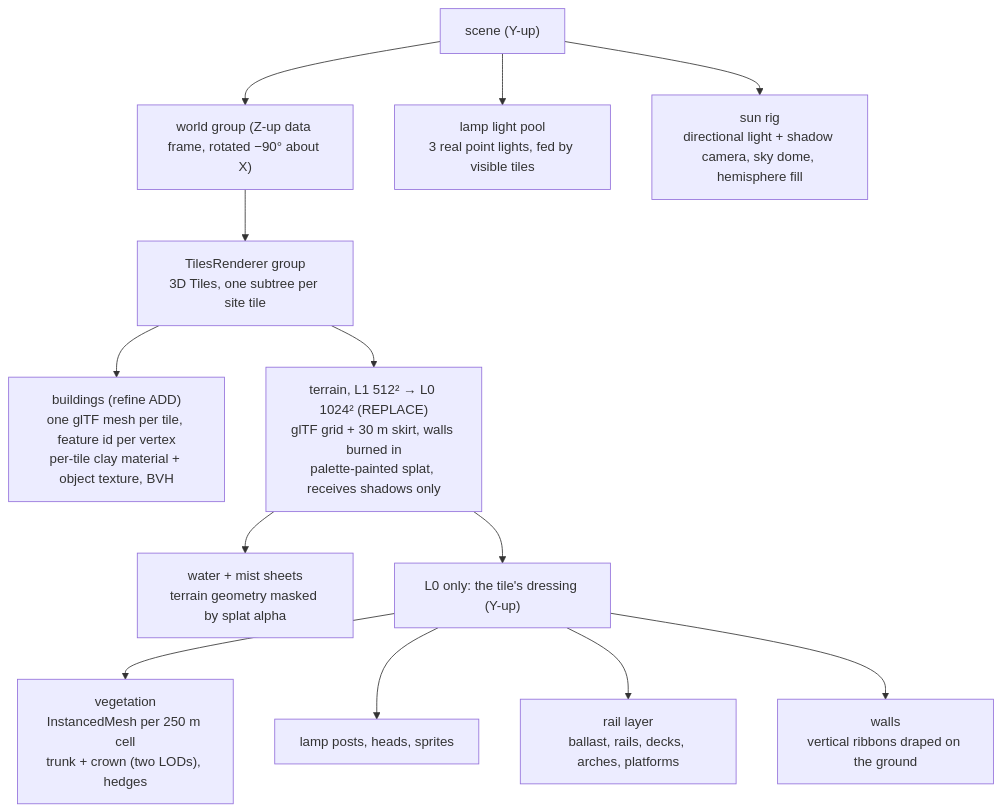
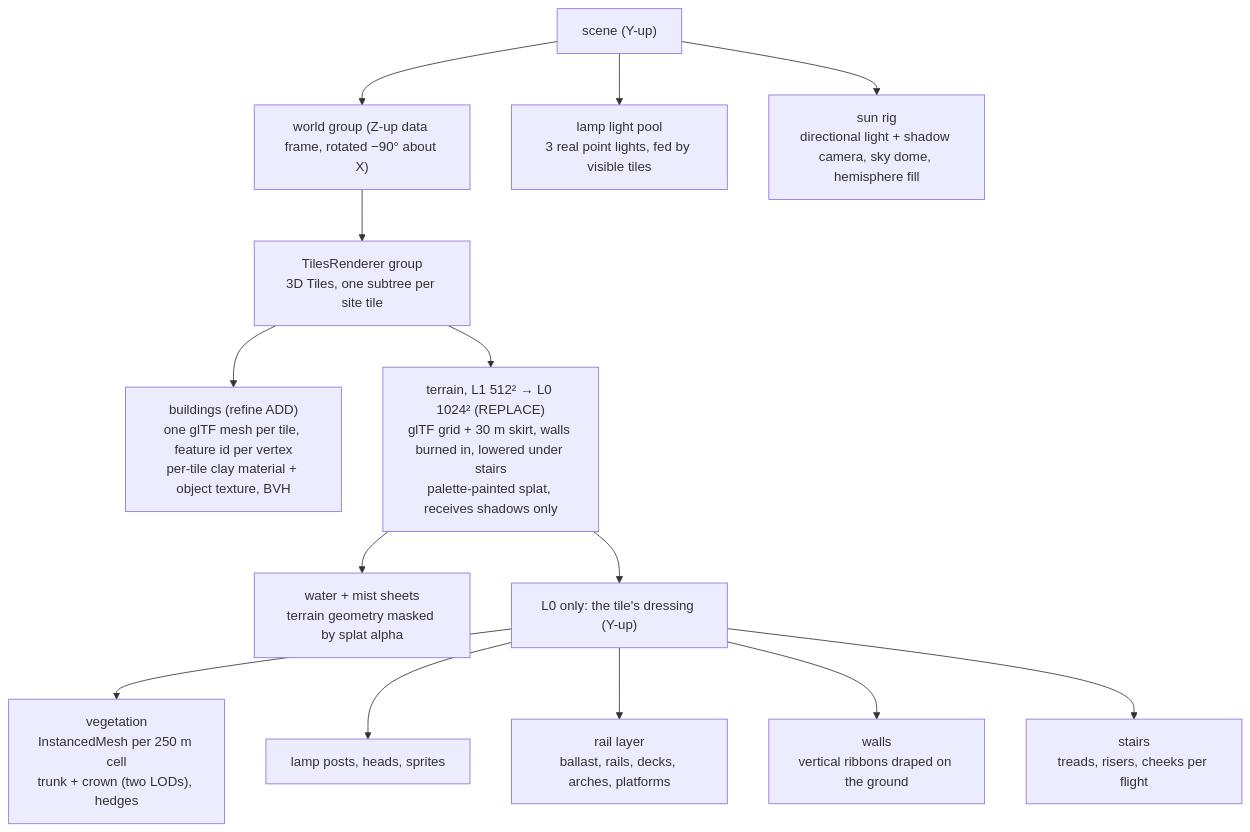
One commit to mdugue/bridge changed the first of 2 diagrams in docs/rendering.md. Above: the diagram before and after it, drawn with Mermaid. The commit also changed other lines of this file and 43 other files, not shown here.

First line of the commit message:
feat(stairs): OSM steps as real flights over a lowered terrain

````diff
--- a/docs/rendering.md
+++ b/docs/rendering.md
@@ -25,18 +25,19 @@
 ```mermaid
 flowchart TB
   SCENE["scene (Y-up)"]
   WORLD["world group (Z-up data frame, rotated −90° about X)"]
   TILES["TilesRenderer group<br/>3D Tiles, one subtree per site tile"]
   SCENE --> WORLD
   WORLD --> TILES
   TILES --> CITY["buildings (refine ADD)<br/>one glTF mesh per tile, feature id per vertex<br/>per-tile clay material + object texture, BVH"]
-  TILES --> TER["terrain, L1 512² → L0 1024² (REPLACE)<br/>glTF grid + 30 m skirt, walls burned in<br/>palette-painted splat, receives shadows only"]
+  TILES --> TER["terrain, L1 512² → L0 1024² (REPLACE)<br/>glTF grid + 30 m skirt, walls burned in, lowered under stairs<br/>palette-painted splat, receives shadows only"]
   TER --> WAT["water + mist sheets<br/>terrain geometry masked by splat alpha"]
   TER --> DRESS["L0 only: the tile's dressing (Y-up)"]
   DRESS --> VEG["vegetation<br/>InstancedMesh per 250 m cell<br/>trunk + crown (two LODs), hedges"]
   DRESS --> LAMP["lamp posts, heads, sprites"]
   DRESS --> RAIL["rail layer<br/>ballast, rails, decks, arches, platforms"]
   DRESS --> WALL["walls<br/>vertical ribbons draped on the ground"]
+  DRESS --> STAIR["stairs<br/>treads, risers, cheeks per flight"]
   SCENE --> LIGHTS["lamp light pool<br/>3 real point lights, fed by visible tiles"]
   SCENE --> SUN["sun rig<br/>directional light + shadow camera, sky dome, hemisphere fill"]
 ```
````
